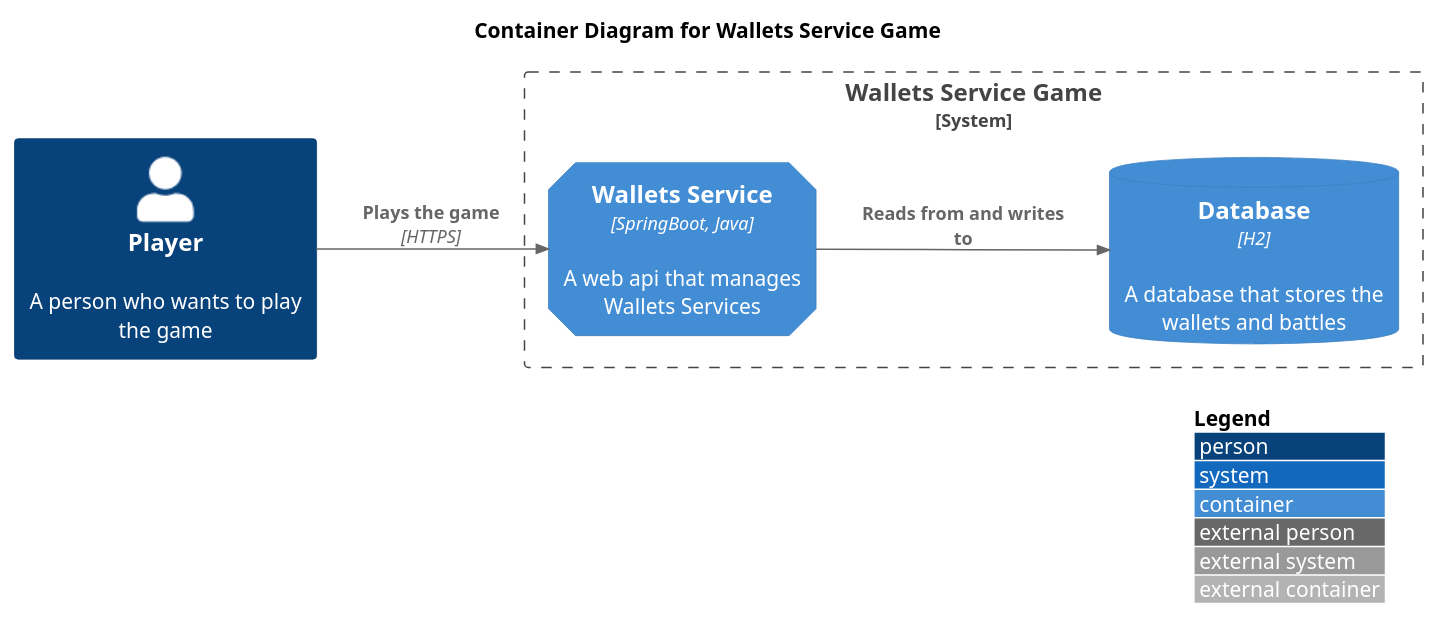
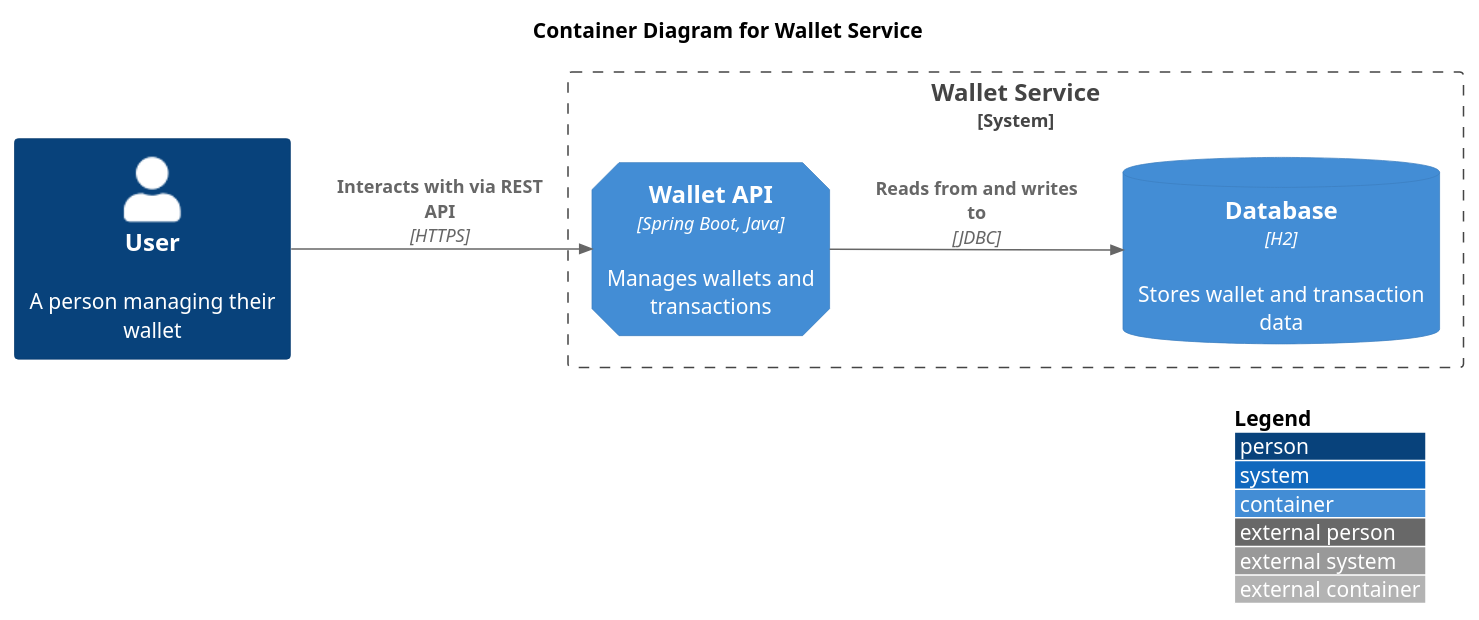
The diagram in docs/c4-model/02-Container-Diagram.puml (jtsato/wallet-service-java), drawn with PlantUML before and after one commit. The commit also changed 2 other files, not shown here.

```diff
--- a/docs/c4-model/02-Container-Diagram.puml
+++ b/docs/c4-model/02-Container-Diagram.puml
@@ -1,32 +1,32 @@
 @startuml 02-ContainerDiagram
 !include <C4/C4_Container>
 
 /' Level 2: Container diagram
    A container is something like a server-side web application, single-page application, desktop application,
    mobile app, database schema, file system, etc.
    Essentially, a container is a separately runnable/deployable unit (e.g. a separate process space)
    that executes code or stores data.
 '/
 
-title "Container Diagram for Wallets Service Game"
+title "Container Diagram for Wallet Service"
 
-AddElementTag("microService", $shape=EightSidedShape(), $legendText="micro service\'")
-AddElementTag("storage", $shape=RoundedBoxShape())
+AddElementTag("microService", $shape=EightSidedShape(), $legendText="Microservice")
+AddElementTag("storage", $shape=RoundedBoxShape(), $legendText="Storage")
 
 LAYOUT_LEFT_RIGHT()
 
-Person(person, "Player", "A person who wants to play the game")
+Person(user, "User", "A person managing their wallet")
 
-System_Boundary(container-diagram, "Wallets Service Game", "A system that validates specifications") {
-Container(webapi, "Wallets Service", "SpringBoot, Java", "A web api that manages Wallets Services", $tags = "microService")
-ContainerDb(database, "Database", "H2", "A database that stores the wallets and battles", $tags = "storage")
+System_Boundary(walletservice_boundary, "Wallet Service") {
+    Container(walletapi, "Wallet API", "Spring Boot, Java", "Manages wallets and transactions", $tags = "microService")
+    ContainerDb(database, "Database", "H2", "Stores wallet and transaction data", $tags = "storage")
 }
 
-Rel(person, webapi, "Plays the game", "HTTPS")
-Rel(webapi, database, "Reads from and writes to")
+Rel(user, walletapi, "Interacts with via REST API", "HTTPS")
+Rel(walletapi, database, "Reads from and writes to", "JDBC")
 
-Lay_R(webapi, database)
+Lay_R(walletapi, database)
 
 LAYOUT_WITH_LEGEND()
 
 @enduml
```
